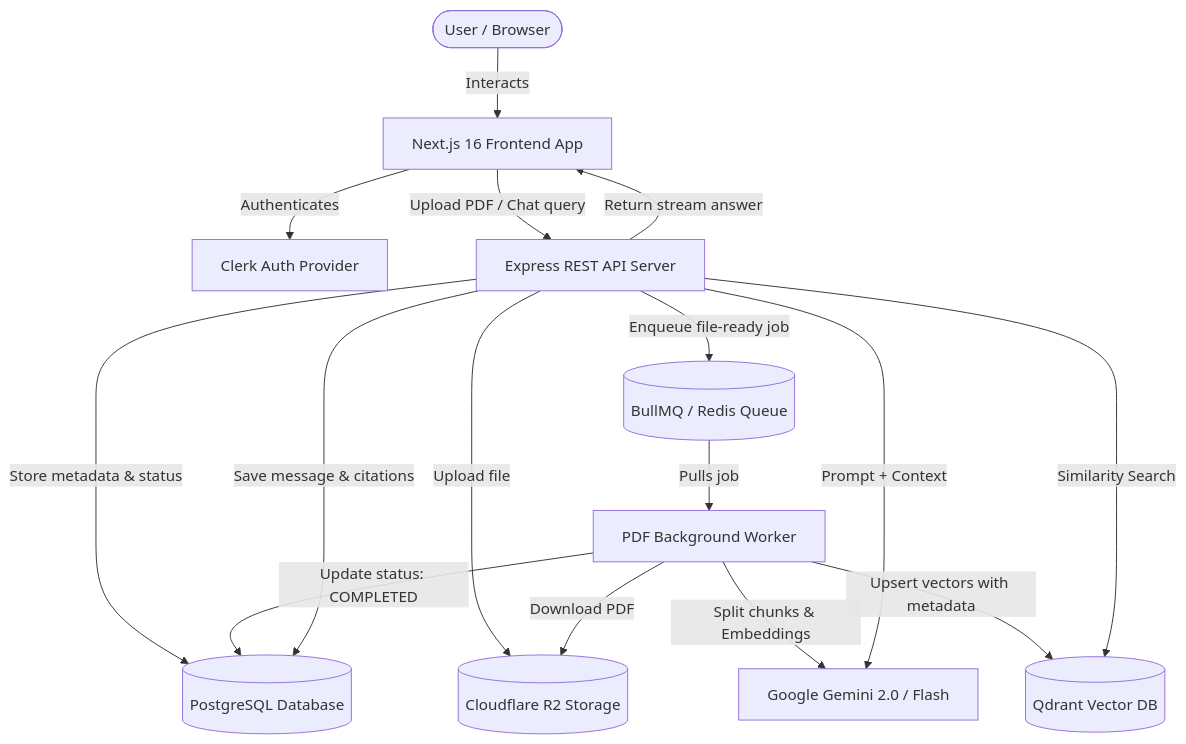
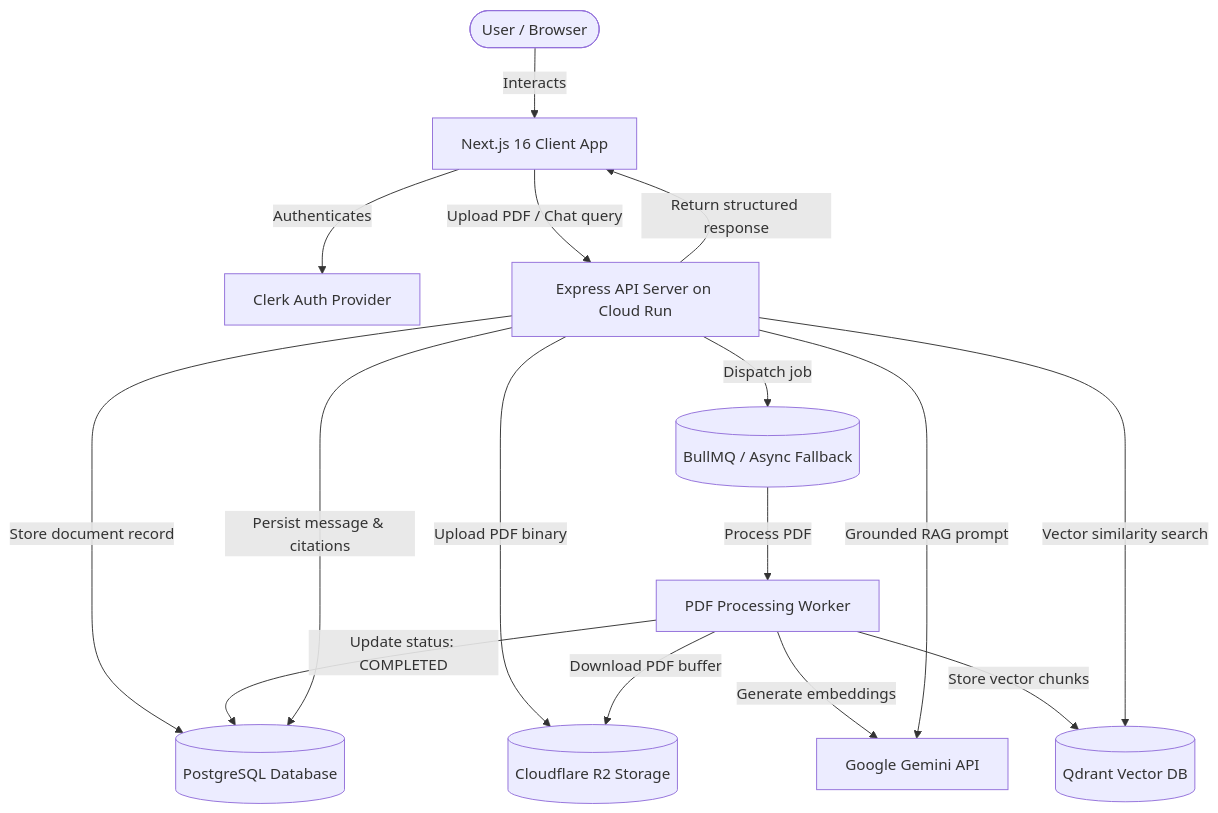
The diagram in README.md (ShivamCo/ai-pdf-rag), drawn with Mermaid before and after one commit. The commit also changed other lines of this file and 17 other files, not shown here.

````diff
--- a/README.md
+++ b/README.md
@@ -43,32 +44,32 @@
 ```mermaid
 flowchart TD
     User([User / Browser])
-    Client[Next.js 16 Frontend App]
+    Client[Next.js 16 Client App]
     Clerk[Clerk Auth Provider]
-    API[Express REST API Server]
-    Queue[(BullMQ / Redis Queue)]
-    Worker[PDF Background Worker]
+    API[Express API Server on Cloud Run]
+    Queue[(BullMQ / Async Fallback)]
+    Worker[PDF Processing Worker]
     R2[(Cloudflare R2 Storage)]
     Postgres[(PostgreSQL Database)]
     Qdrant[(Qdrant Vector DB)]
-    Gemini[Google Gemini 2.0 / Flash]
+    Gemini[Google Gemini API]
 
     User -->|Interacts| Client
     Client -->|Authenticates| Clerk
     Client -->|Upload PDF / Chat query| API
     
-    API -->|Store metadata & status| Postgres
-    API -->|Upload file| R2
-    API -->|Enqueue file-ready job| Queue
+    API -->|Store document record| Postgres
+    API -->|Upload PDF binary| R2
+    API -->|Dispatch job| Queue
     
-    Queue -->|Pulls job| Worker
-    Worker -->|Download PDF| R2
-    Worker -->|Split chunks & Embeddings| Gemini
-    Worker -->|Upsert vectors with metadata| Qdrant
+    Queue -->|Process PDF| Worker
+    Worker -->|Download PDF buffer| R2
+    Worker -->|Generate embeddings| Gemini
+    Worker -->|Store vector chunks| Qdrant
     Worker -->|Update status: COMPLETED| Postgres
 
-    API -->|Similarity Search| Qdrant
-    API -->|Prompt + Context| Gemini
-    API -->|Save message & citations| Postgres
-    API -->|Return stream answer| Client
+    API -->|Vector similarity search| Qdrant
+    API -->|Grounded RAG prompt| Gemini
+    API -->|Persist message & citations| Postgres
+    API -->|Return structured response| Client
 ```
````
